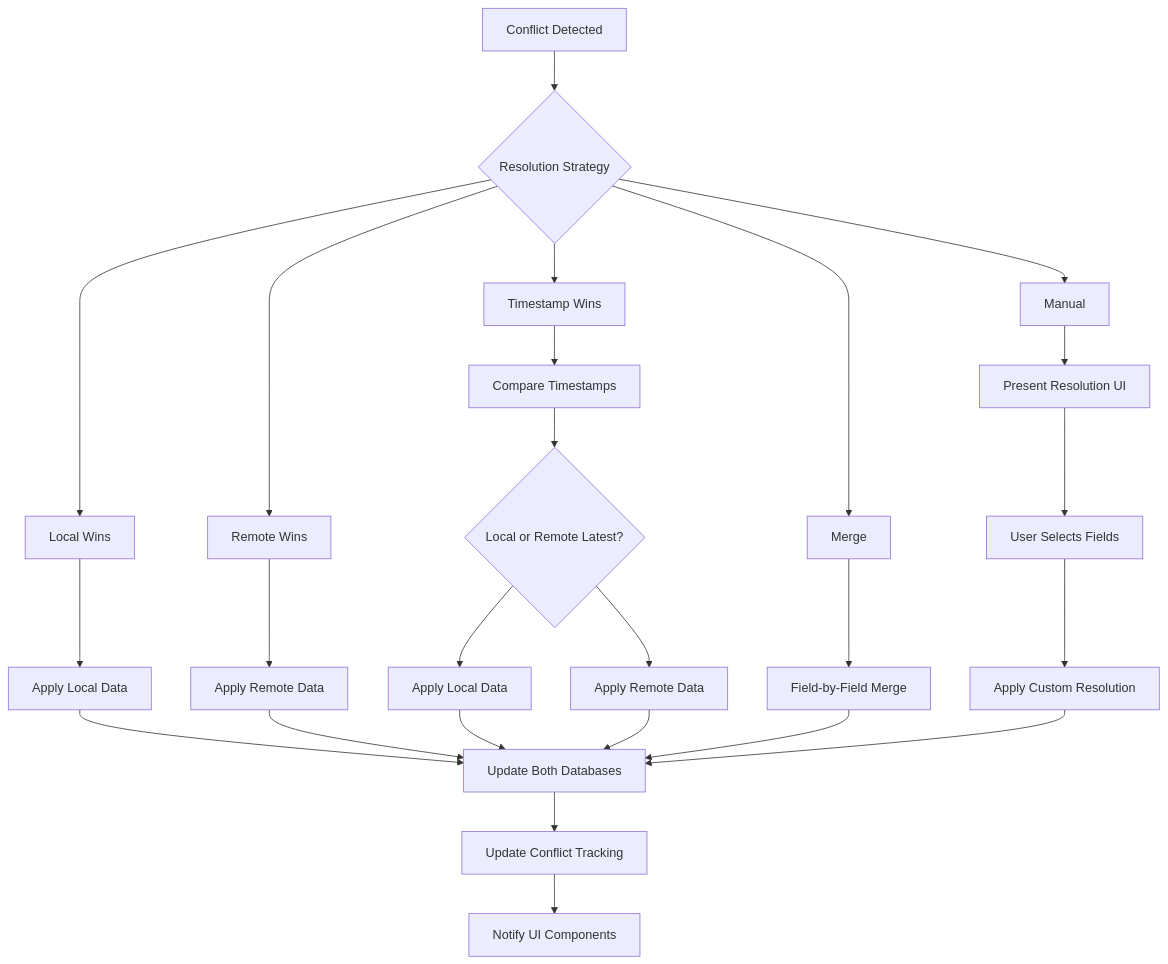
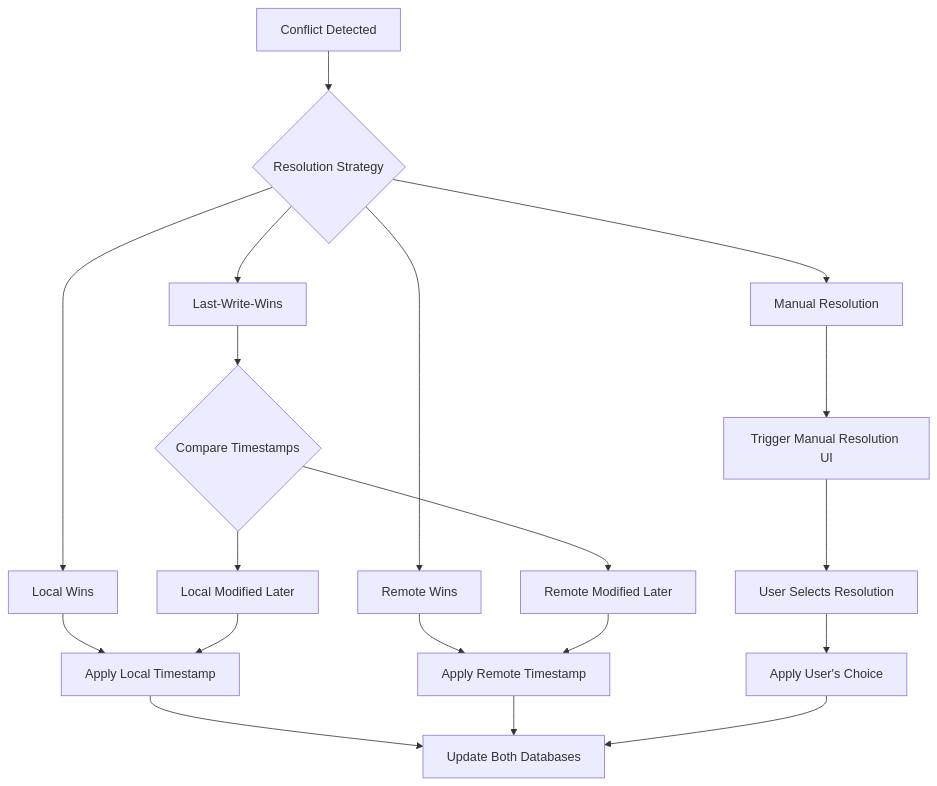
One commit to geniusdynamics/schoolpilot changed diagram 11 of 18 in .qoder/repowiki/en/content/Architecture Overview/Data Management Architecture/Data Synchronization Workflow/Data Synchronization Workflow.md. Above: the diagram before and after it, drawn with Mermaid. The commit also changed other lines of this file and 19 other files, not shown here.

````diff
--- a/.qoder/repowiki/en/content/Architecture Overview/Data Management Architecture/Data Synchronization Workflow/Data Synchronization Workflow.md
+++ b/.qoder/repowiki/en/content/Architecture Overview/Data Management Architecture/Data Synchronization Workflow/Data Synchronization Workflow.md
@@ -358,27 +538,21 @@
 ```mermaid
 flowchart TD
 A[Conflict Detected] --> B{Resolution Strategy}
 B --> C[Local Wins]
 B --> D[Remote Wins]
-B --> E[Timestamp Wins]
-B --> F[Merge]
-B --> G[Manual]
-C --> H[Apply Local Data]
-D --> I[Apply Remote Data]
-E --> J[Compare Timestamps]
-J --> K{Local or Remote Latest?}
-K --> L[Apply Local Data]
-K --> M[Apply Remote Data]
-F --> N[Field-by-Field Merge]
-G --> O[Present Resolution UI]
-H --> P[Update Both Databases]
-I --> P
-L --> P
-M --> P
-N --> P
-O --> Q[User Selects Fields]
-Q --> R[Apply Custom Resolution]
-R --> P
-P --> S[Update Conflict Tracking]
-S --> T[Notify UI Components]
+B --> E[Last-Write-Wins]
+B --> F[Manual Resolution]
+C --> G[Apply Local Timestamp]
+D --> H[Apply Remote Timestamp]
+E --> I{Compare Timestamps}
+I --> J[Local Modified Later]
+I --> K[Remote Modified Later]
+J --> G
+K --> H
+F --> L[Trigger Manual Resolution UI]
+L --> M[User Selects Resolution]
+M --> N[Apply User's Choice]
+G --> O[Update Both Databases]
+H --> O
+N --> O
 ```
````
